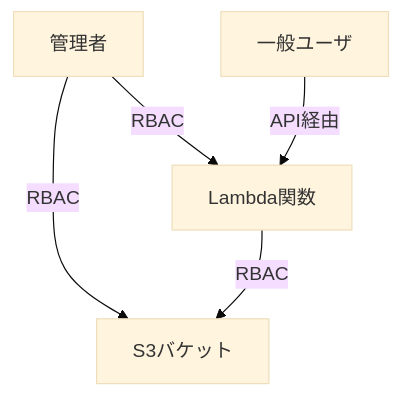
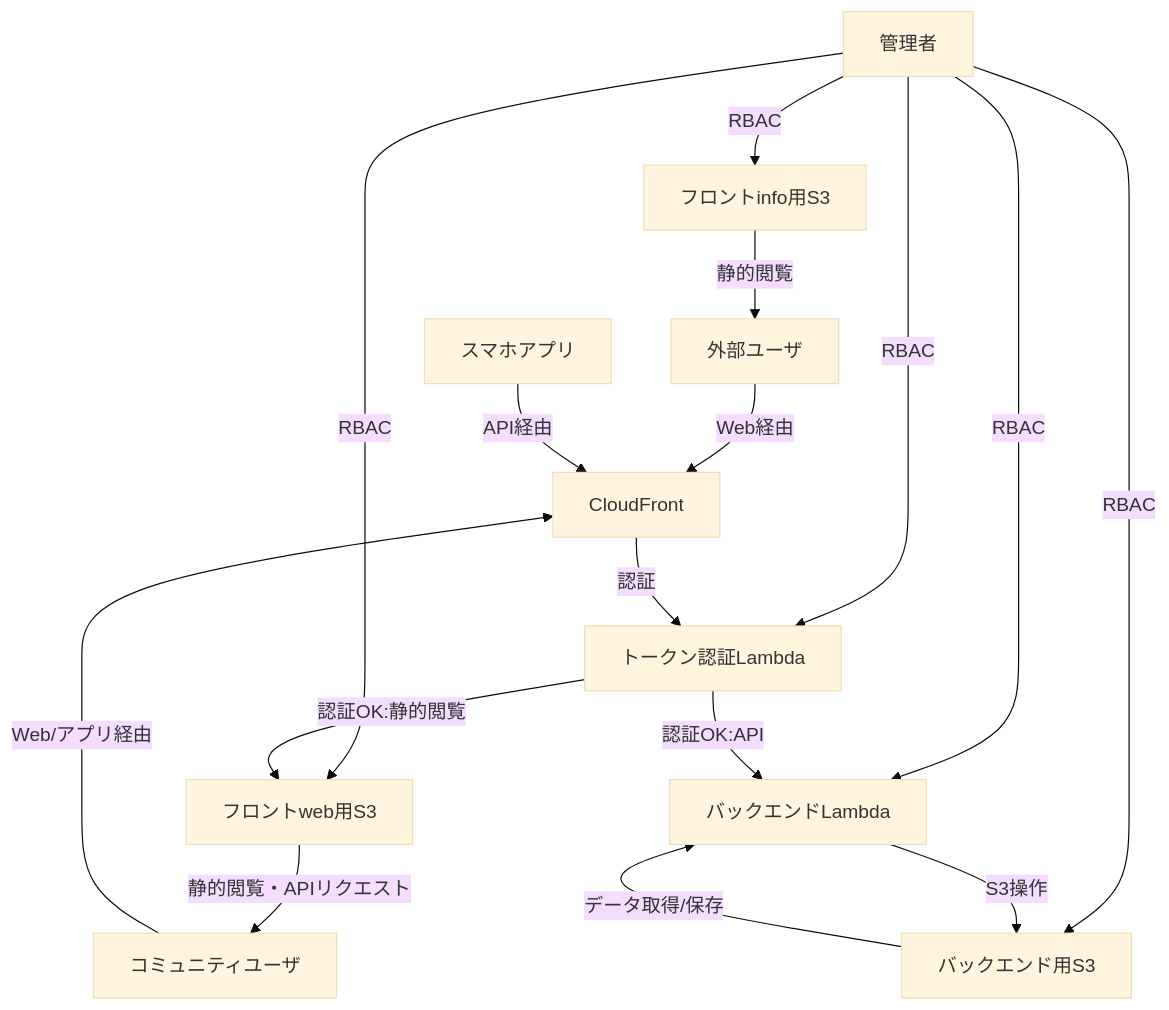
The diagram in documents/アクセスコントロール図.md (deidra-JP-windows/front-web-site-for-riften-terraform), drawn with Mermaid (base theme) before and after one commit. The commit also changed 5 other files, not shown here.

````diff
--- a/documents/アクセスコントロール図.md
+++ b/documents/アクセスコントロール図.md
@@ -1,7 +1,18 @@
 ```mermaid
 flowchart TD
-  Admin[管理者] -->|RBAC| S3[S3バケット]
-  Admin -->|RBAC| Lambda[Lambda関数]
-  User[一般ユーザ] -->|API経由| Lambda[Lambda関数]
-  Lambda -->|RBAC| S3
+  Admin[管理者] -->|RBAC| S3_Info[フロントinfo用S3]
+  Admin -->|RBAC| S3_Front[フロントweb用S3]
+  Admin -->|RBAC| S3_Backend[バックエンド用S3]
+  Admin -->|RBAC| Lambda[バックエンドLambda]
+  Admin -->|RBAC| AuthLambda[トークン認証Lambda]
+  Member[コミュニティユーザ] -->|Web/アプリ経由| CloudFront
+  User[外部ユーザ] -->|Web経由| CloudFront
+  App[スマホアプリ] -->|API経由| CloudFront
+  CloudFront -->|認証| AuthLambda
+  AuthLambda -- 認証OK:静的閲覧 --> S3_Front
+  AuthLambda -- 認証OK:API --> Lambda
+  Lambda -->|S3操作| S3_Backend
+  S3_Info -- 静的閲覧 --> User
+  S3_Front -- 静的閲覧・APIリクエスト --> Member
+  S3_Backend -- データ取得/保存 --> Lambda
 ```
````
